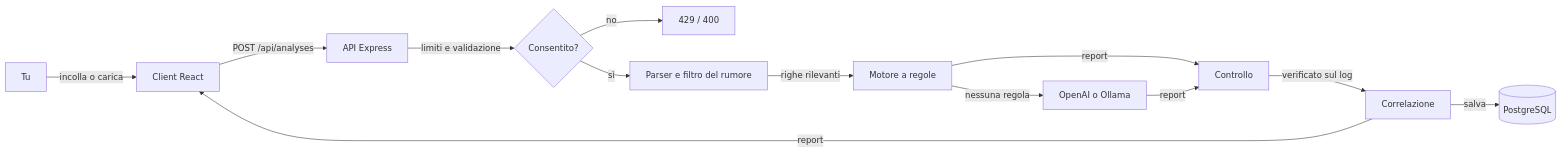
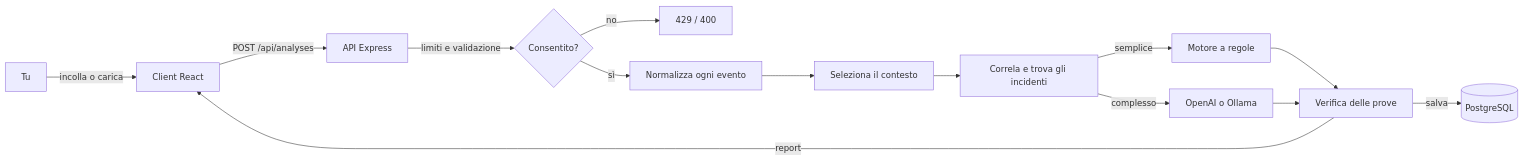
Before and after one commit to jacknegri89/LogLens: the diagram in README.it.md, drawn with Mermaid. The commit also changed other lines of this file and 110 other files, not shown here.

First line of the commit message:
Motore di analisi con correlazione e causa radice

````diff
--- a/README.it.md
+++ b/README.it.md
@@ -100,15 +101,16 @@
 ```mermaid
 flowchart LR
     U[Tu] -->|incolla o carica| C[Client React]
     C -->|POST /api/analyses| A[API Express]
     A -->|limiti e validazione| L{Consentito?}
     L -->|no| E[429 / 400]
-    L -->|sì| P[Parser e filtro del rumore]
-    P -->|righe rilevanti| R[Motore a regole]
-    R -->|nessuna regola| M[OpenAI o Ollama]
-    R -->|report| G[Controllo]
-    M -->|report| G
-    G -->|verificato sul log| K[Correlazione]
-    K -->|salva| D[(PostgreSQL)]
-    K -->|report| C
+    L -->|sì| N[Normalizza ogni evento]
+    N --> S[Seleziona il contesto]
+    S --> K[Correla e trova gli incidenti]
+    K -->|semplice| R[Motore a regole]
+    K -->|complesso| M[OpenAI o Ollama]
+    R --> V[Verifica delle prove]
+    M --> V
+    V -->|salva| D[(PostgreSQL)]
+    V -->|report| C
 ```
````
